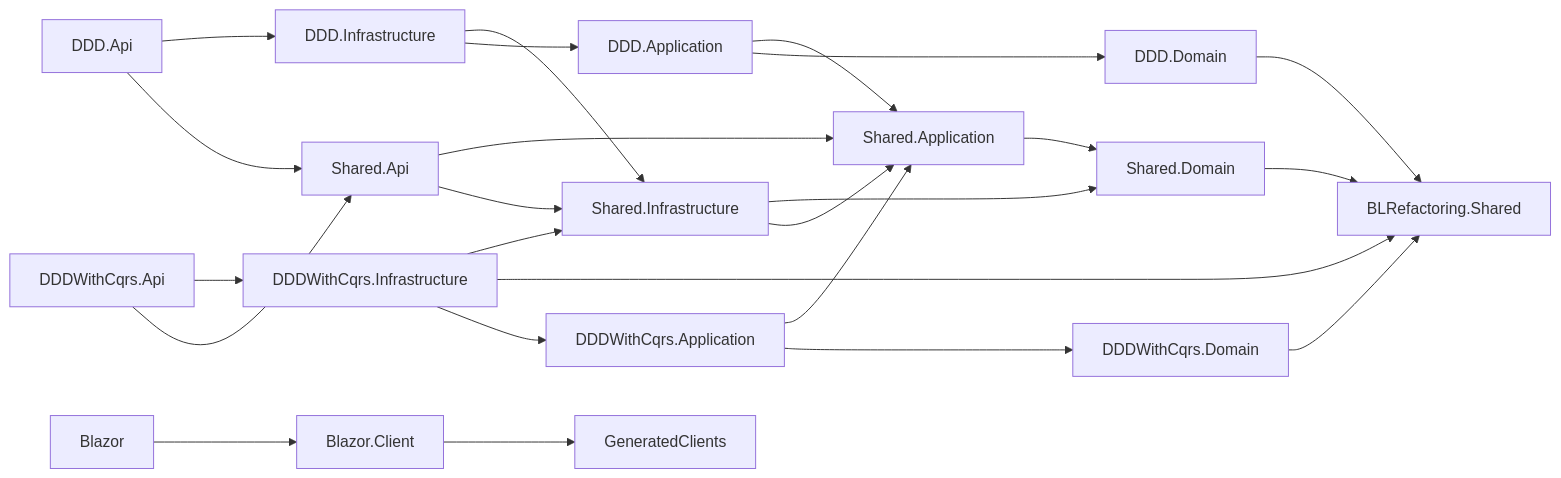
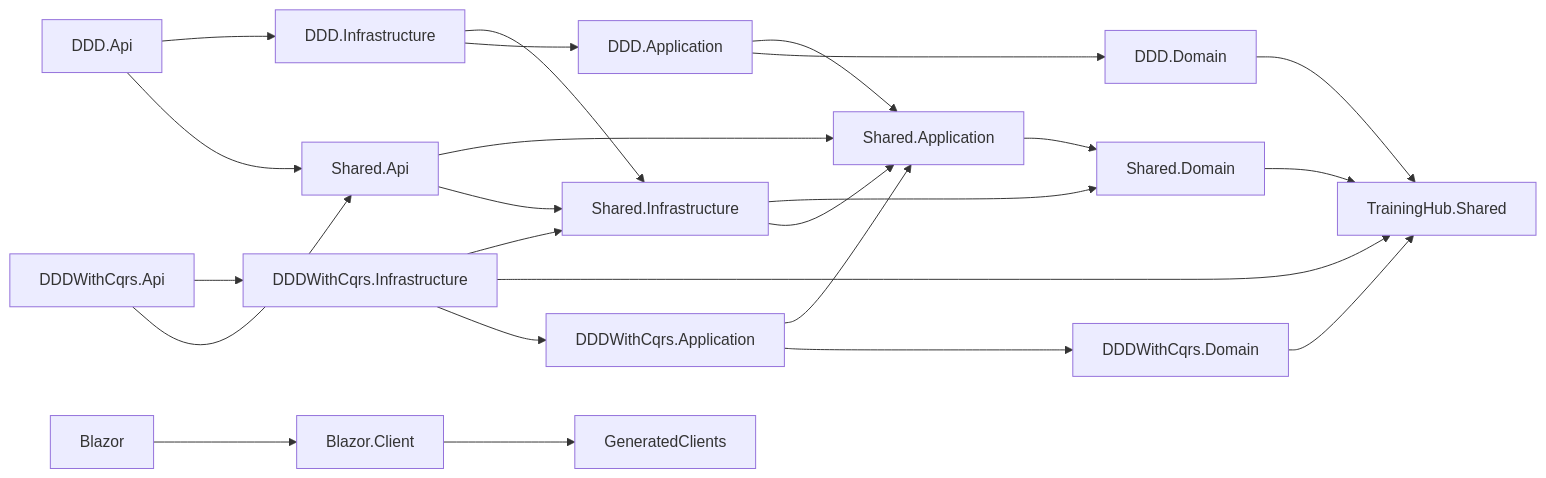
The second of 5 diagrams in README.md (maxime-poulain/BLRefactoring), drawn with Mermaid before and after one commit. The commit also changed other lines of this file and 723 other files, not shown here.

````diff
--- a/README.md
+++ b/README.md
@@ -156,49 +156,49 @@
 ```mermaid
 flowchart LR
-    Kernel["BLRefactoring.Shared"]
+    Kernel["TrainingHub.Shared"]
     Domain["Shared.Domain"]
     SharedApp["Shared.Application"]
     SharedInfra["Shared.Infrastructure"]
     SharedApi["Shared.Api"]
 
     DddDomain["DDD.Domain"]
     DddApp["DDD.Application"]
     DddInfra["DDD.Infrastructure"]
     DddApi["DDD.Api"]
 
     CqrsDomain["DDDWithCqrs.Domain"]
     CqrsApp["DDDWithCqrs.Application"]
     CqrsInfra["DDDWithCqrs.Infrastructure"]
     CqrsApi["DDDWithCqrs.Api"]
 
     Clients["GeneratedClients"]
     BlazorClient["Blazor.Client"]
     BlazorHost["Blazor"]
 
     Domain --> Kernel
     SharedApp --> Domain
     SharedInfra --> Domain
     SharedInfra --> SharedApp
     SharedApi --> SharedApp
     SharedApi --> SharedInfra
 
     DddDomain --> Kernel
     DddApp --> SharedApp
     DddApp --> DddDomain
     DddInfra --> SharedInfra
     DddInfra --> DddApp
     DddApi --> DddInfra
     DddApi --> SharedApi
 
     CqrsDomain --> Kernel
     CqrsApp --> SharedApp
     CqrsApp --> CqrsDomain
     CqrsInfra --> SharedInfra
     CqrsInfra --> Kernel
     CqrsInfra --> CqrsApp
     CqrsApi --> CqrsInfra
     CqrsApi --> SharedApi
 
     BlazorClient --> Clients
     BlazorHost --> BlazorClient
 ```
````
